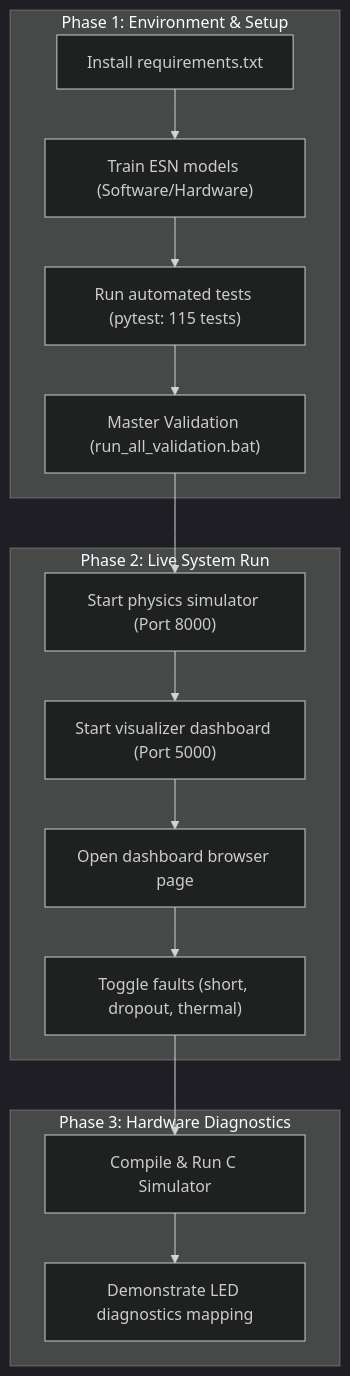
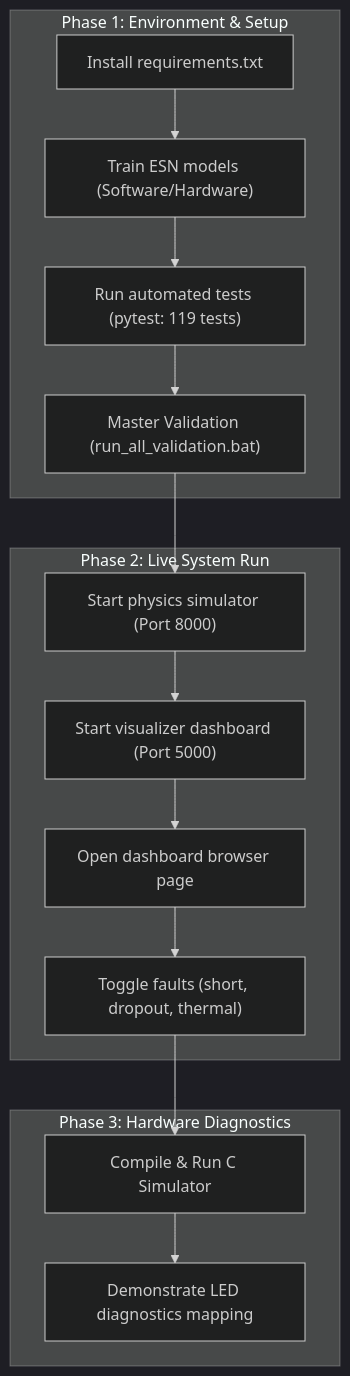
Before and after one commit to tanish-jain-225/Battery_State_Estimator_BE_Project_2026_2027: the diagram in docs/Resources/DEMO_CHECKLIST.md, drawn with Mermaid (dark theme). The commit also changed 24 other files, not shown here.

````diff
--- a/docs/Resources/DEMO_CHECKLIST.md
+++ b/docs/Resources/DEMO_CHECKLIST.md
@@ -15,31 +15,31 @@
 ```mermaid
 flowchart TD
     subgraph Phase 1: Environment & Setup
         Setup_1["Install requirements.txt"]
         Setup_2["Train ESN models (Software/Hardware)"]
-        Setup_3["Run automated tests (pytest: 115 tests)"]
+        Setup_3["Run automated tests (pytest: 119 tests)"]
         Setup_4["Master Validation (run_all_validation.bat)"]
         Setup_1 --> Setup_2
         Setup_2 --> Setup_3
         Setup_3 --> Setup_4
     end
 
     subgraph Phase 2: Live System Run
         Run_1["Start physics simulator (Port 8000)"]
         Run_2["Start visualizer dashboard (Port 5000)"]
         Run_3["Open dashboard browser page"]
         Run_4["Toggle faults (short, dropout, thermal)"]
         Run_1 --> Run_2
         Run_2 --> Run_3
         Run_3 --> Run_4
     end
 
     subgraph Phase 3: Hardware Diagnostics
         HW_1["Compile & Run C Simulator"]
         HW_2["Demonstrate LED diagnostics mapping"]
         HW_1 --> HW_2
     end
 
     Setup_4 --> Run_1
     Run_4 --> HW_1
 ```
````
